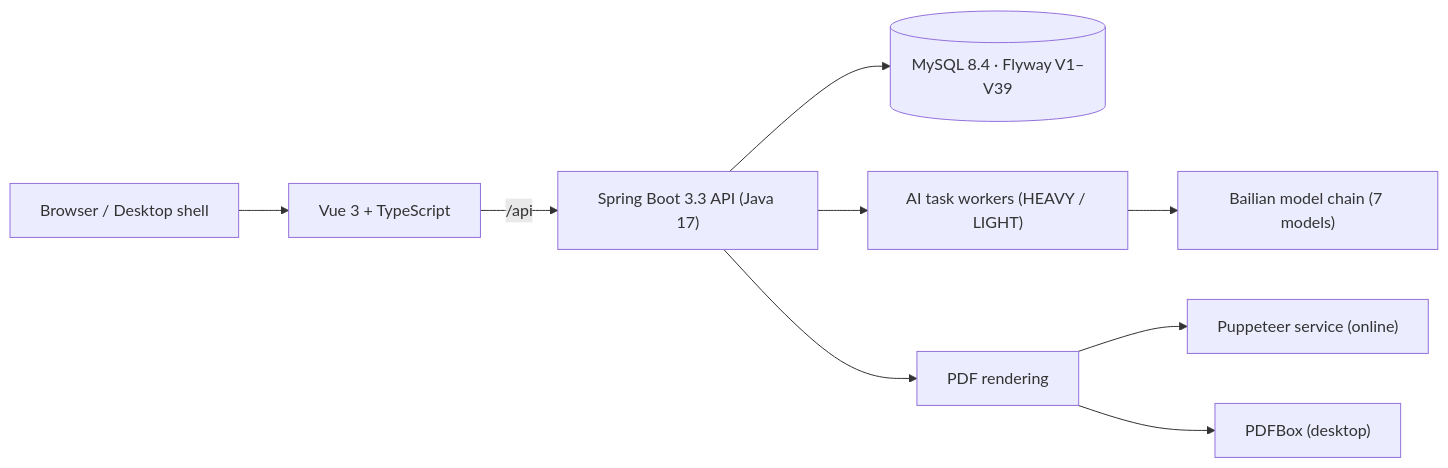
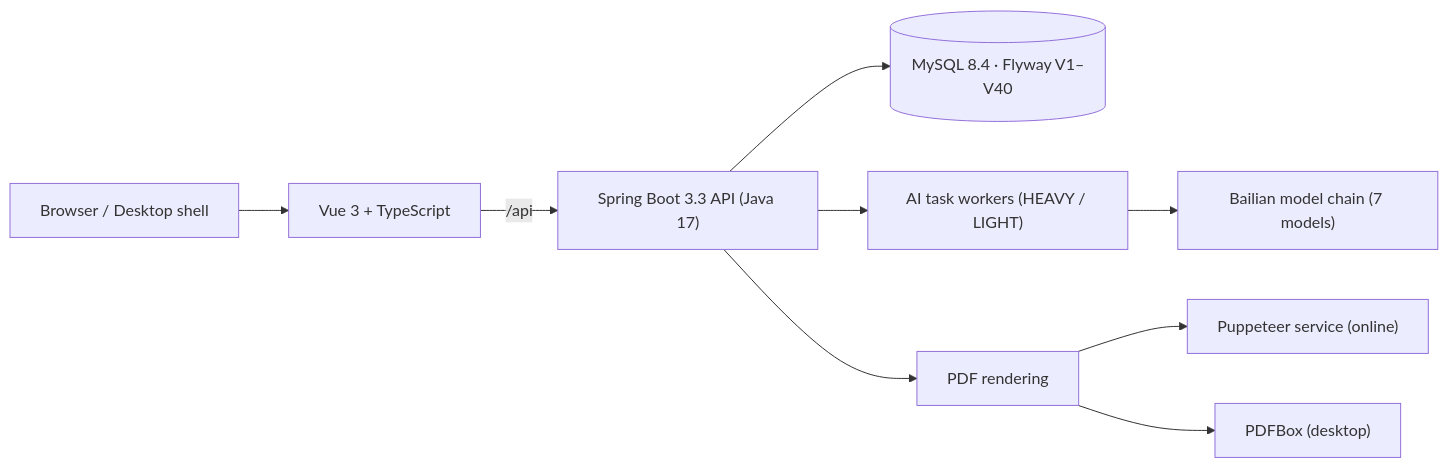
One commit to BYNekoNay/intelligent-resume-builder changed the diagram in README.en.md. Above: the diagram before and after it, drawn with Mermaid. The commit also changed 6 other files, not shown here.

````diff
--- a/README.en.md
+++ b/README.en.md
@@ -22,11 +22,11 @@
 ```mermaid
 flowchart LR
   B["Browser / Desktop shell"] --> W["Vue 3 + TypeScript"]
   W -->|"/api"| A["Spring Boot 3.3 API (Java 17)"]
-  A --> DB[("MySQL 8.4 · Flyway V1–V39")]
+  A --> DB[("MySQL 8.4 · Flyway V1–V40")]
   A --> WK["AI task workers (HEAVY / LIGHT)"]
   WK --> LLM["Bailian model chain (7 models)"]
   A --> PDF["PDF rendering"]
   PDF --> P1["Puppeteer service (online)"]
   PDF --> P2["PDFBox (desktop)"]
 ```
````
